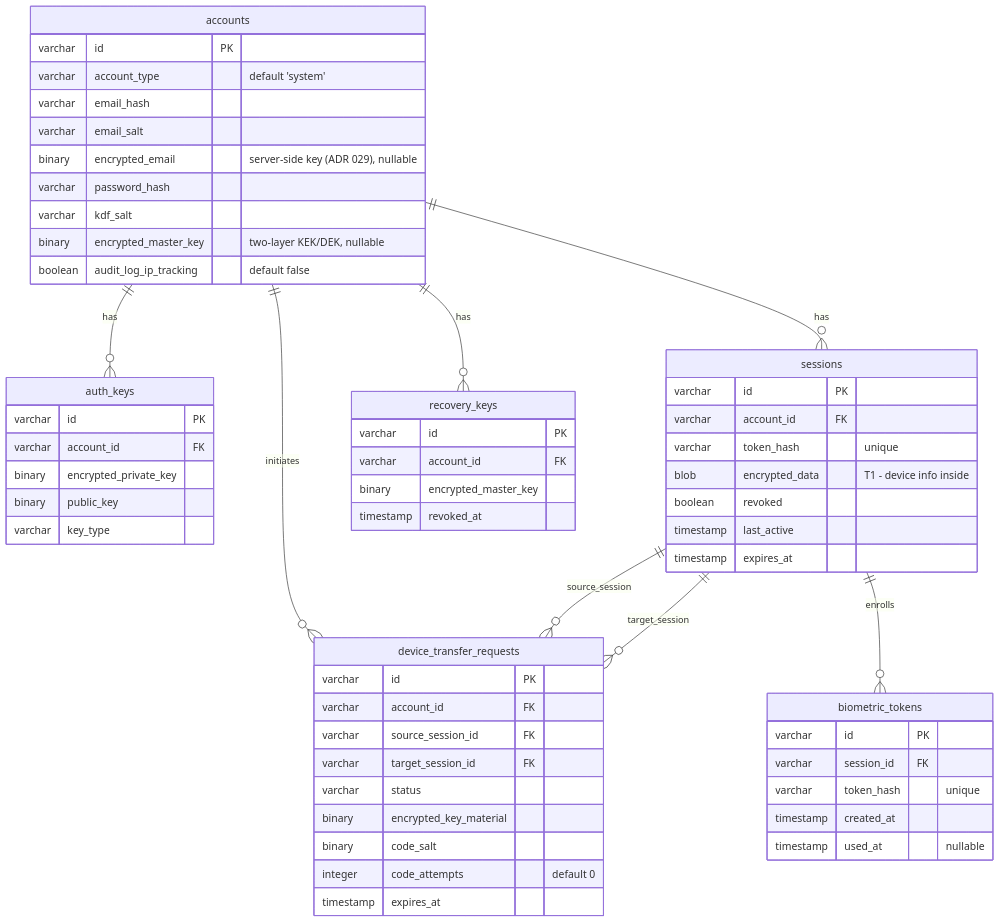
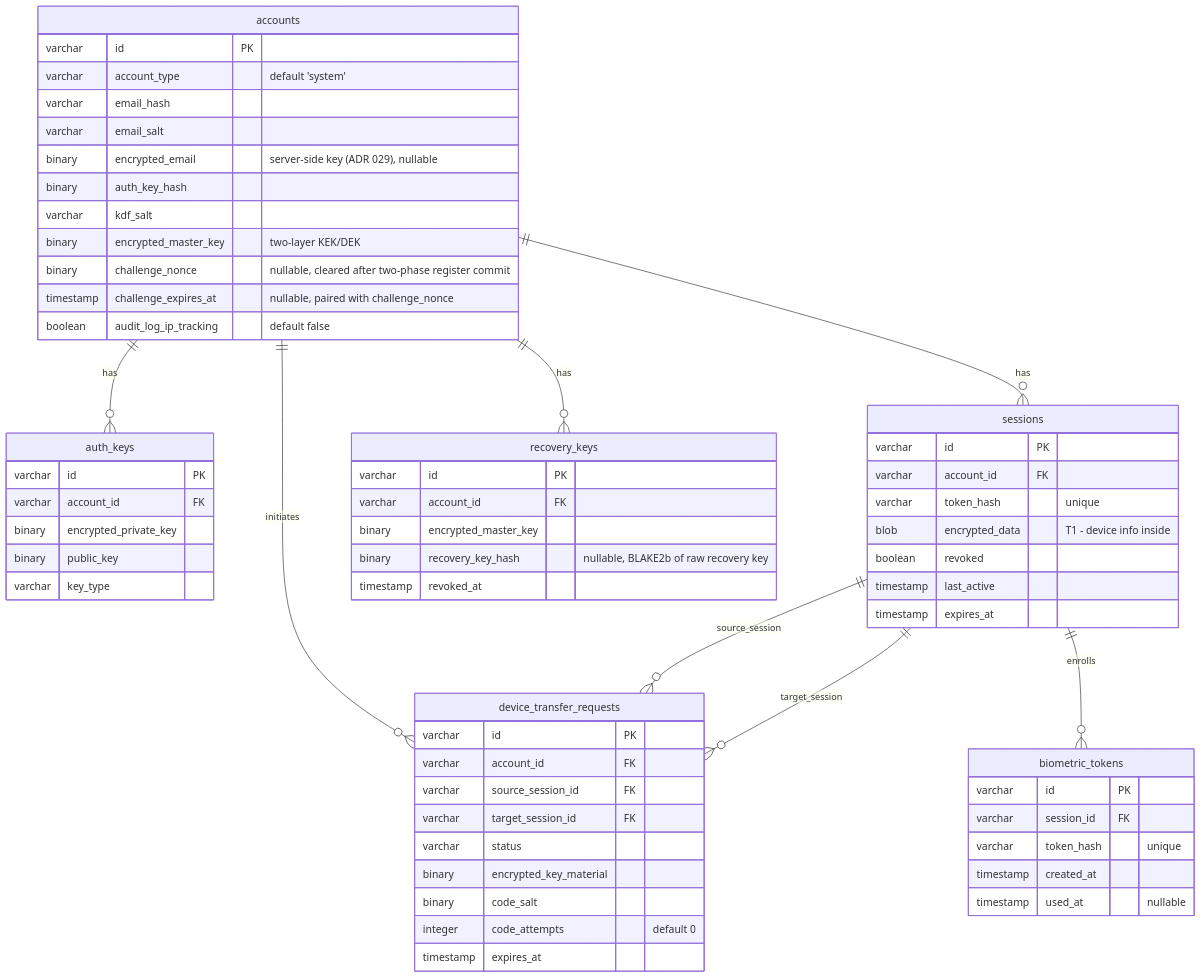
One commit to ThePrismSystem/pluralscape-mono changed the first of 22 diagrams in docs/database-schema.md. Above: the diagram before and after it, drawn with Mermaid. The commit also changed other lines of this file and 66 other files, not shown here.

````diff
--- a/docs/database-schema.md
+++ b/docs/database-schema.md
@@ -22,67 +22,70 @@
 ```mermaid
 erDiagram
     accounts {
         varchar id PK
         varchar account_type "default 'system'"
         varchar email_hash
         varchar email_salt
         binary encrypted_email "server-side key (ADR 029), nullable"
-        varchar password_hash
+        binary auth_key_hash
         varchar kdf_salt
-        binary encrypted_master_key "two-layer KEK/DEK, nullable"
+        binary encrypted_master_key "two-layer KEK/DEK"
+        binary challenge_nonce "nullable, cleared after two-phase register commit"
+        timestamp challenge_expires_at "nullable, paired with challenge_nonce"
         boolean audit_log_ip_tracking "default false"
     }
 
     auth_keys {
         varchar id PK
         varchar account_id FK
         binary encrypted_private_key
         binary public_key
         varchar key_type
     }
 
     sessions {
         varchar id PK
         varchar account_id FK
         varchar token_hash "unique"
         blob encrypted_data "T1 - device info inside"
         boolean revoked
         timestamp last_active
         timestamp expires_at
     }
 
     recovery_keys {
         varchar id PK
         varchar account_id FK
         binary encrypted_master_key
+        binary recovery_key_hash "nullable, BLAKE2b of raw recovery key"
         timestamp revoked_at
     }
 
     device_transfer_requests {
         varchar id PK
         varchar account_id FK
         varchar source_session_id FK
         varchar target_session_id FK
         varchar status
         binary encrypted_key_material
         binary code_salt
         integer code_attempts "default 0"
         timestamp expires_at
     }
 
     biometric_tokens {
         varchar id PK
         varchar session_id FK
         varchar token_hash "unique"
         timestamp created_at
         timestamp used_at "nullable"
     }
 
     accounts ||--o{ auth_keys : "has"
     accounts ||--o{ sessions : "has"
     accounts ||--o{ recovery_keys : "has"
     accounts ||--o{ device_transfer_requests : "initiates"
     sessions ||--o{ device_transfer_requests : "source_session"
     sessions ||--o{ device_transfer_requests : "target_session"
     sessions ||--o{ biometric_tokens : "enrolls"
 ```
````
